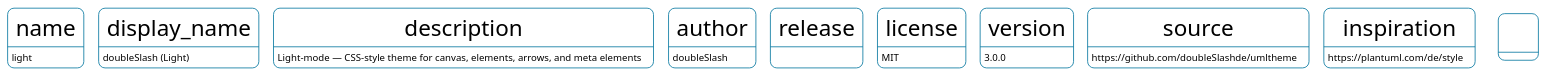
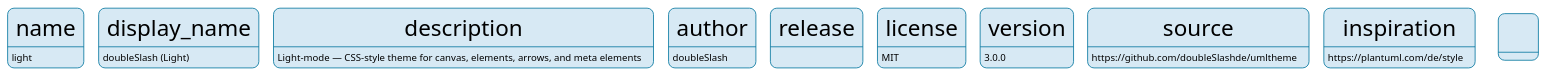
One commit to doubleSlashde/umltheme changed the diagram in doubleslash/v3/puml-theme-light.puml. Above: the diagram before and after it, drawn with PlantUML. The commit also changed 6 other files, not shown here.

Commit message:
feat: v3 state diagramm

```diff
--- a/doubleslash/v3/puml-theme-light.puml
+++ b/doubleslash/v3/puml-theme-light.puml
@@ -15,7 +15,7 @@
 skinparam Shadowing false
 skinparam BackgroundColor #FFFFFF
 skinparam DefaultTextAlignment center
-skinparam linetype polyline
+'skinparam linetype polyline
 ' Direction is not set globally in v3 theme.
 ' Set "top to bottom direction" or "left to right direction"
 ' in the concrete diagram where the diagram type supports it.
@@ -33,6 +33,14 @@
   TitleBackgroundColor  #F8F8F8
   BorderColor           #C6C6C6
   BorderThickness       1
+}
+
+' State — legacy only (StartColor, EndColor, AttributeFont*; no CSS equivalent)
+skinparam state {
+  StartColor            #515151
+  EndColor              #515151
+  AttributeFontColor    #000000
+  AttributeFontSize     11
 }
 
 hide circle
@@ -236,4 +244,30 @@
     }
   }
 
+  stateDiagram {
+    state {
+      BackGroundColor     #D7E9F4
+    }
+
+    diamond {
+      BackGroundColor     #00A5E1
+      LineColor           #00759E
+      FontColor           #000000
+      FontSize            11
+    }
+
+    activityBar {
+      BackGroundColor     #6B9714
+      LineThickness       2
+    }
+    start {
+      BackgroundColor #515151
+      LineColor #515151
+    }
+    end {
+      BackgroundColor #515151
+      LineColor #515151
+    }
+  }
+
 </style>
```
